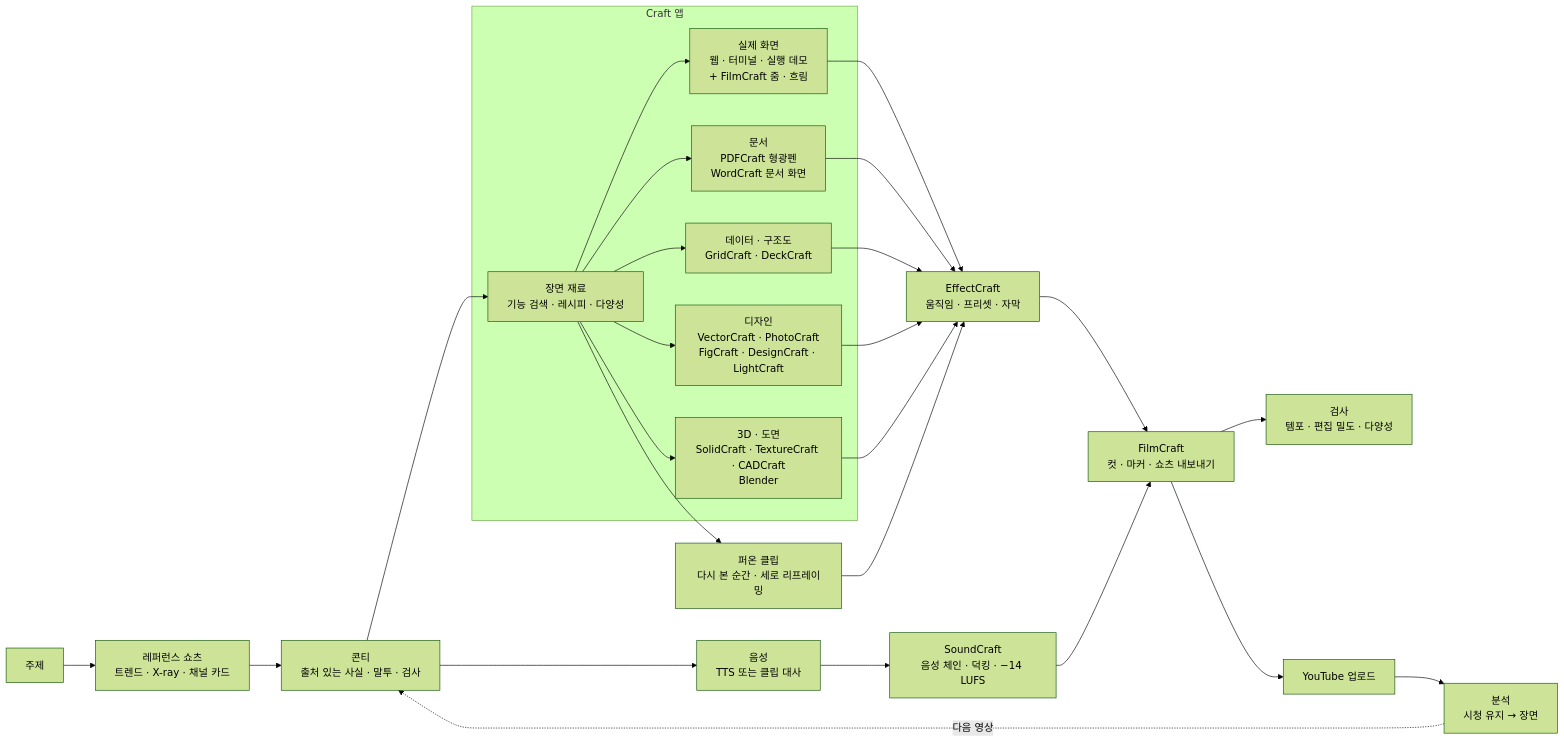
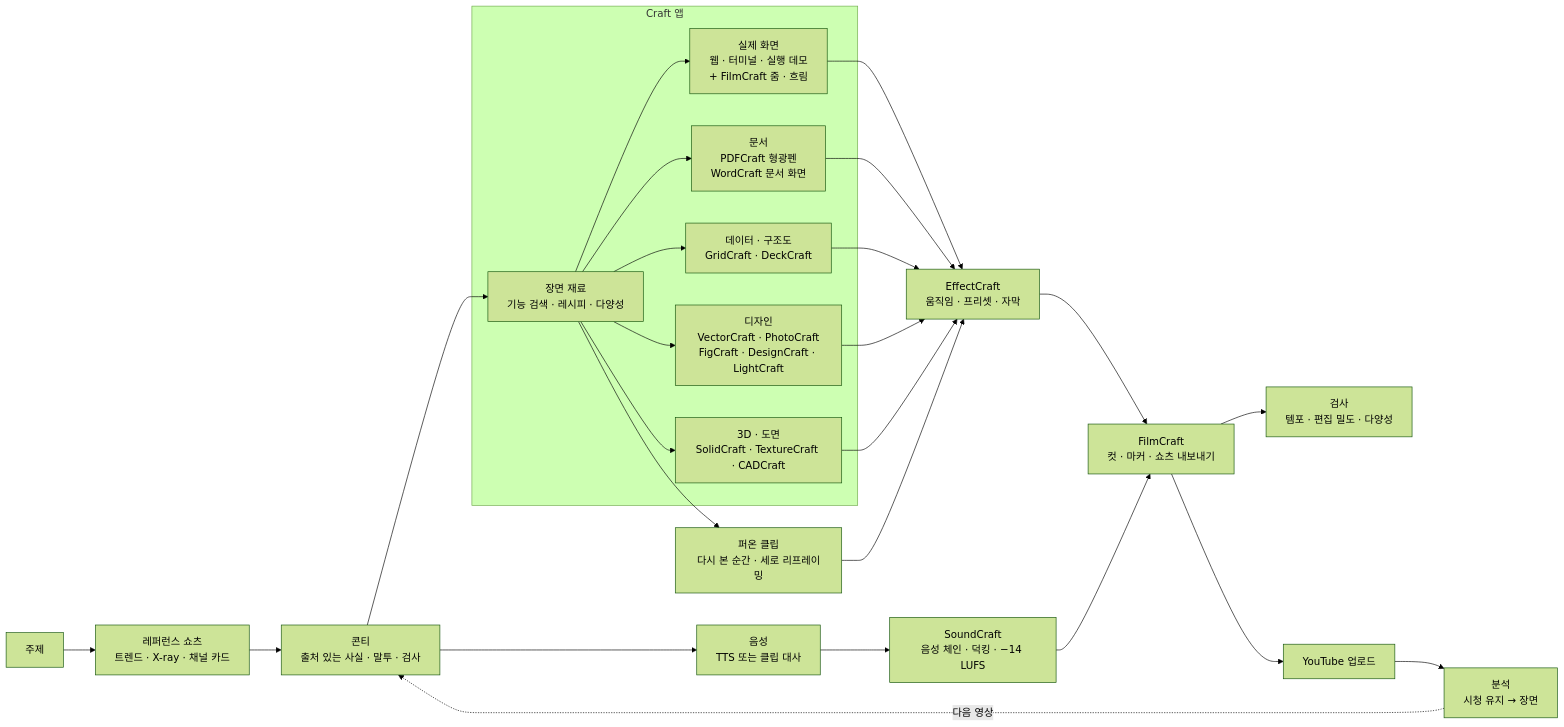
Before and after one commit to meowassassin/fluma: the diagram in README.ko.md, drawn with Mermaid (forest theme). The commit also changed other lines of this file and 1505 other files, not shown here.

````diff
--- a/README.ko.md
+++ b/README.ko.md
@@ -91,22 +89,22 @@
 ```mermaid
 flowchart LR
   A[주제] --> R[레퍼런스 쇼츠<br/>트렌드 · X-ray · 채널 카드]
   R --> S[콘티<br/>출처 있는 사실 · 말투 · 검사]
   S --> V[음성<br/>TTS 또는 클립 대사]
   S --> P[장면 재료<br/>기능 검색 · 레시피 · 다양성]
   subgraph Craft 앱
     P --> RS[실제 화면<br/>웹 · 터미널 · 실행 데모<br/>+ FilmCraft 줌 · 흐림]
     P --> DOC[문서<br/>PDFCraft 형광펜<br/>WordCraft 문서 화면]
     P --> DAT[데이터 · 구조도<br/>GridCraft · DeckCraft]
     P --> DES[디자인<br/>VectorCraft · PhotoCraft<br/>FigCraft · DesignCraft · LightCraft]
-    P --> TD[3D · 도면<br/>SolidCraft · TextureCraft · CADCraft<br/>Blender]
+    P --> TD[3D · 도면<br/>SolidCraft · TextureCraft · CADCraft]
   end
   P --> CL[퍼온 클립<br/>다시 본 순간 · 세로 리프레이밍]
   RS & DOC & DAT & DES & TD & CL --> E[EffectCraft<br/>움직임 · 프리셋 · 자막]
   V --> SC[SoundCraft<br/>음성 체인 · 덕킹 · −14 LUFS]
   E & SC --> F[FilmCraft<br/>컷 · 마커 · 쇼츠 내보내기]
   F --> T[검사<br/>템포 · 편집 밀도 · 다양성]
   F --> Y[YouTube 업로드]
   Y --> A2[분석<br/>시청 유지 → 장면]
   A2 -. 다음 영상 .-> S
 ```
````
